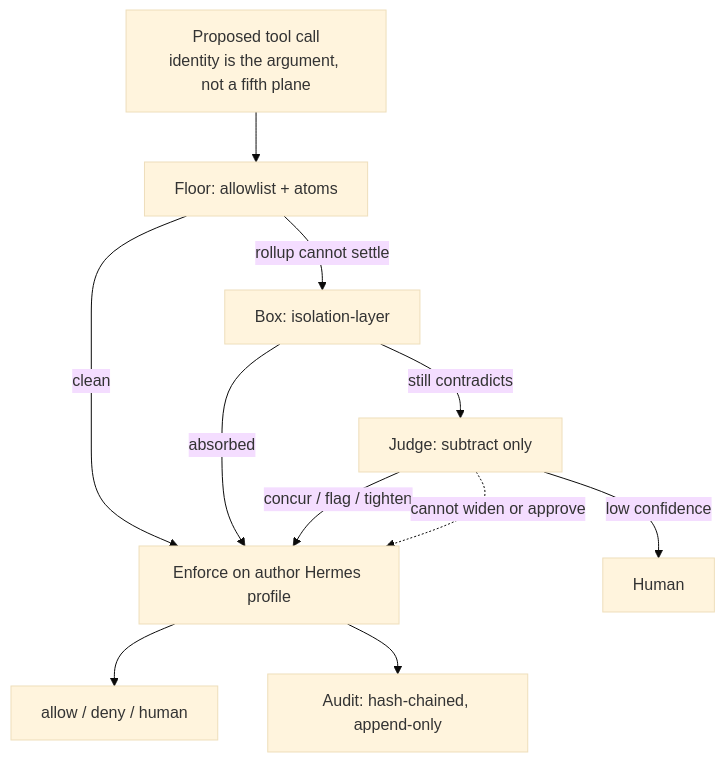
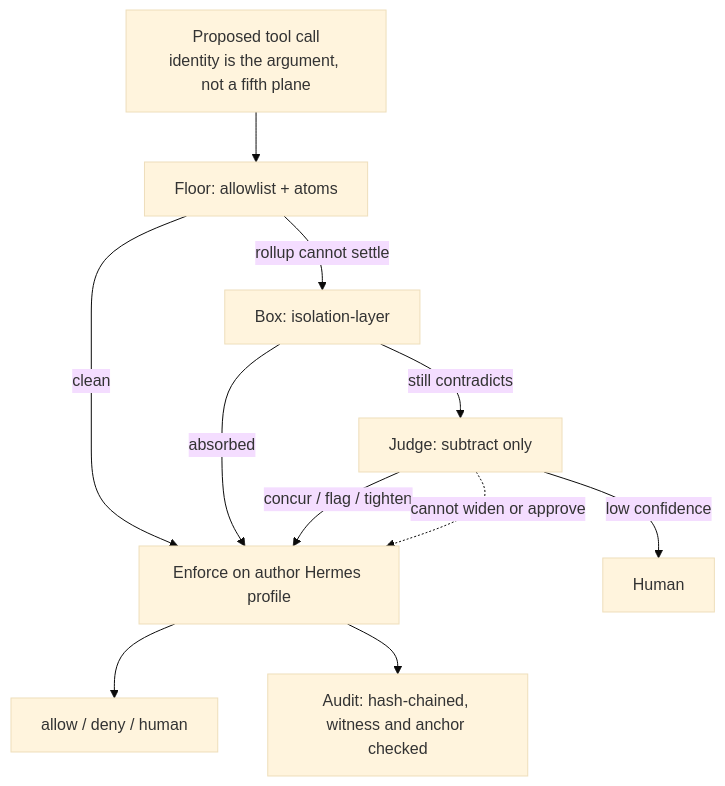
The diagram in README.md (Steck43/capability-gate), drawn with Mermaid (base theme) before and after one commit. The commit also changed 3 other files, not shown here.

First line of the commit message:
Treat a missing or shortened audit witness as tampering

````diff
--- a/README.md
+++ b/README.md
@@ -80,13 +80,13 @@
 ```mermaid
 flowchart TD
   CALL["Proposed tool call<br/>identity is the argument, not a fifth plane"] --> FLOOR["Floor: allowlist + atoms"]
   FLOOR -->|"clean"| ENFORCE["Enforce on author Hermes profile"]
   FLOOR -->|"rollup cannot settle"| BOX["Box: isolation-layer"]
   BOX -->|"still contradicts"| JUDGE["Judge: subtract only"]
   BOX -->|"absorbed"| ENFORCE
   JUDGE -->|"concur / flag / tighten"| ENFORCE
   JUDGE -.->|"cannot widen or approve"| ENFORCE
   JUDGE -->|"low confidence"| HUMAN["Human"]
   ENFORCE --> OUT["allow / deny / human"]
-  ENFORCE --> AUDIT["Audit: hash-chained, append-only"]
+  ENFORCE --> AUDIT["Audit: hash-chained, witness and anchor checked"]
 ```
````
